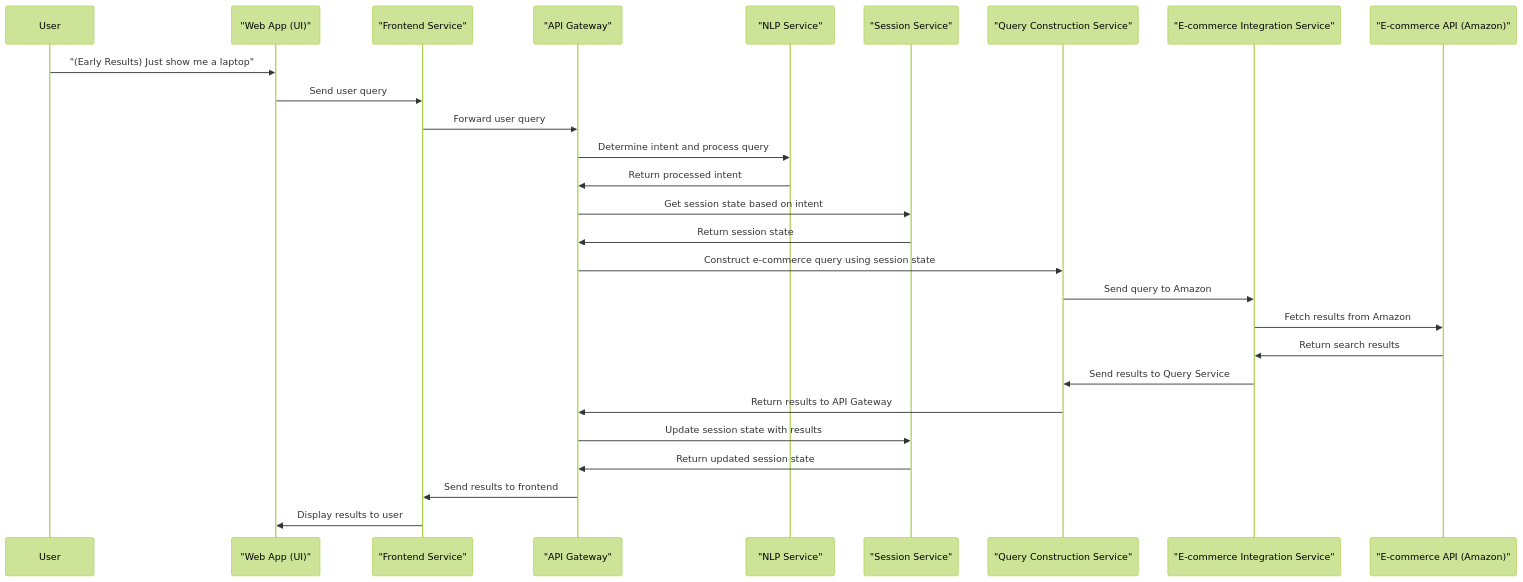
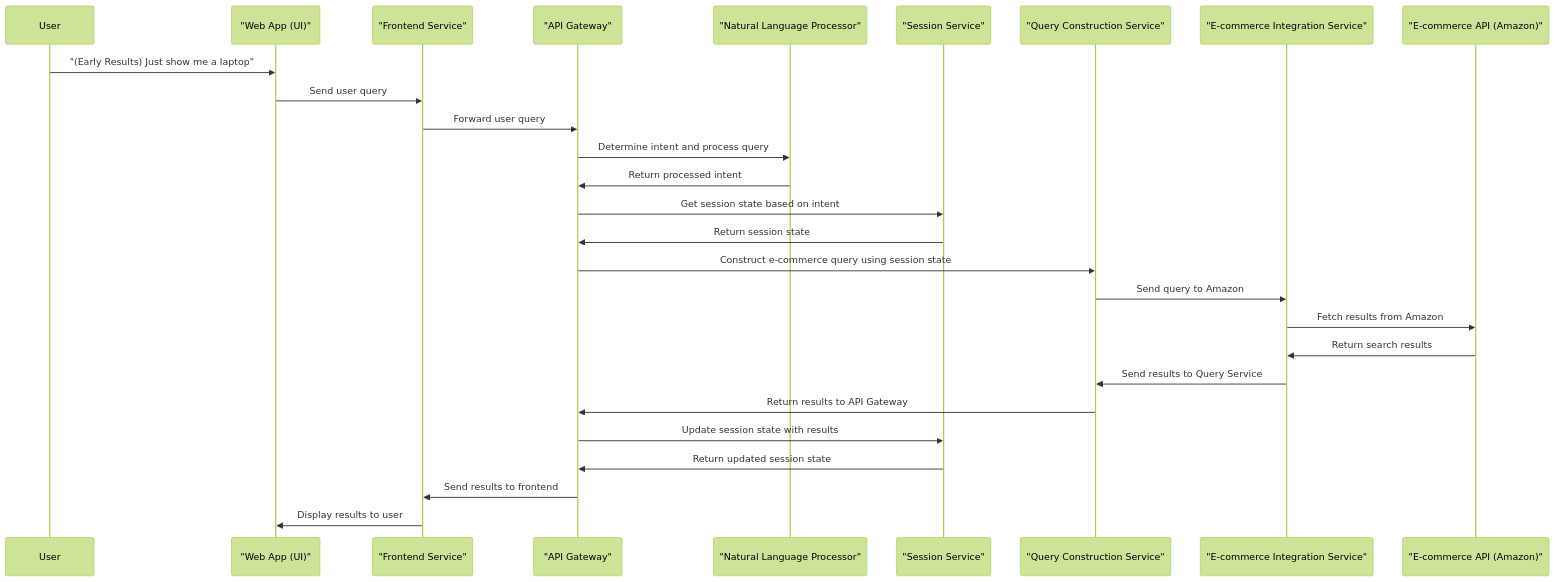
Before and after one commit to Braidable/Architecture: the second of 8 diagrams in README.md, drawn with Mermaid (forest theme). The commit also changed other lines of this file, not shown here.

Commit message:
Renamed NLP service

````diff
--- a/README.md
+++ b/README.md
@@ -103,30 +103,30 @@
 ```mermaid
 sequenceDiagram
     participant User
     participant UI as "Web App (UI)"
     participant Frontend as "Frontend Service"
     participant APIGateway as "API Gateway"
-    participant NLPService as "NLP Service"
+    participant NLPService as "Natural Language Processor"
     participant SessionService as "Session Service"
     participant QueryService as "Query Construction Service"
     participant EcomService as "E-commerce Integration Service"
     participant EcomAPI as "E-commerce API (Amazon)"
 
     User ->> UI: "(Early Results) Just show me a laptop"
     UI ->> Frontend: Send user query
     Frontend ->> APIGateway: Forward user query
     APIGateway ->> NLPService: Determine intent and process query
     NLPService ->> APIGateway: Return processed intent
     APIGateway ->> SessionService: Get session state based on intent
     SessionService ->> APIGateway: Return session state
     APIGateway ->> QueryService: Construct e-commerce query using session state
     QueryService ->> EcomService: Send query to Amazon
     EcomService ->> EcomAPI: Fetch results from Amazon
     EcomAPI ->> EcomService: Return search results
     EcomService ->> QueryService: Send results to Query Service
     QueryService ->> APIGateway: Return results to API Gateway
     APIGateway ->> SessionService: Update session state with results
     SessionService ->> APIGateway: Return updated session state
     APIGateway ->> Frontend: Send results to frontend
     Frontend ->> UI: Display results to user
 ```
````
